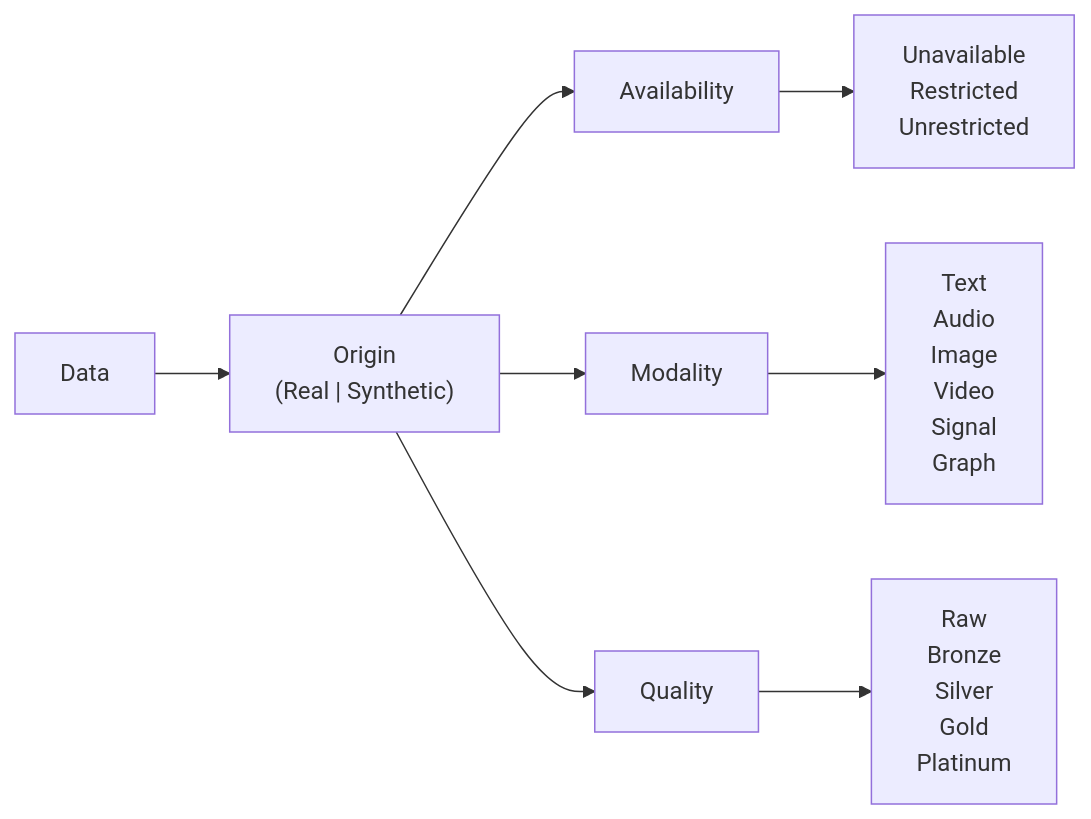
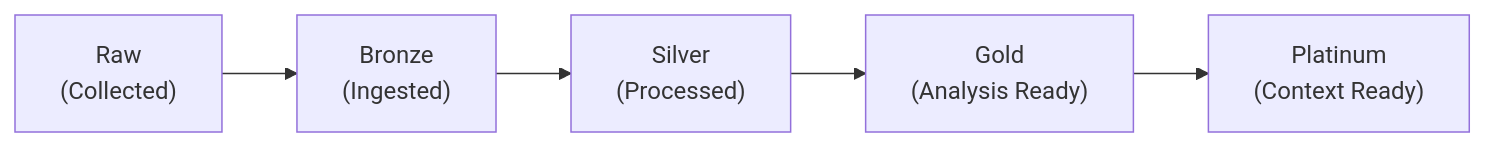
Before and after one commit to jhwohlgemuth/acorn: the diagram in docs/src/concepts/aspect/data.md, drawn with Mermaid. The commit also changed other lines of this file and 4 other files, not shown here.

````diff
--- a/docs/src/concepts/aspect/data.md
+++ b/docs/src/concepts/aspect/data.md
@@ -3,10 +58,7 @@
 ```mermaid
 graph LR
-    A[Data] --> B["Origin</br>(Real | Synthetic)"]
-    B --> C[Availability]
-    C --> C1["Unavailable</br>Restricted</br>Unrestricted"]
-    B --> D[Modality]
-    D --> D1["Text</br>Audio</br>Image</br>Video</br>Signal</br>Graph"]
-    B --> E[Quality]
-    E --> E1["Raw</br>Bronze</br>Silver</br>Gold</br>Platinum"]
+    B["Raw</br>(Collected)"] --> C["Bronze</br>(Ingested)"]
+    C --> D["Silver</br>(Processed)"]
+    D --> E["Gold</br>(Analysis Ready)"]
+    E --> F["Platinum</br>(Context Ready)"]
 ```
````
